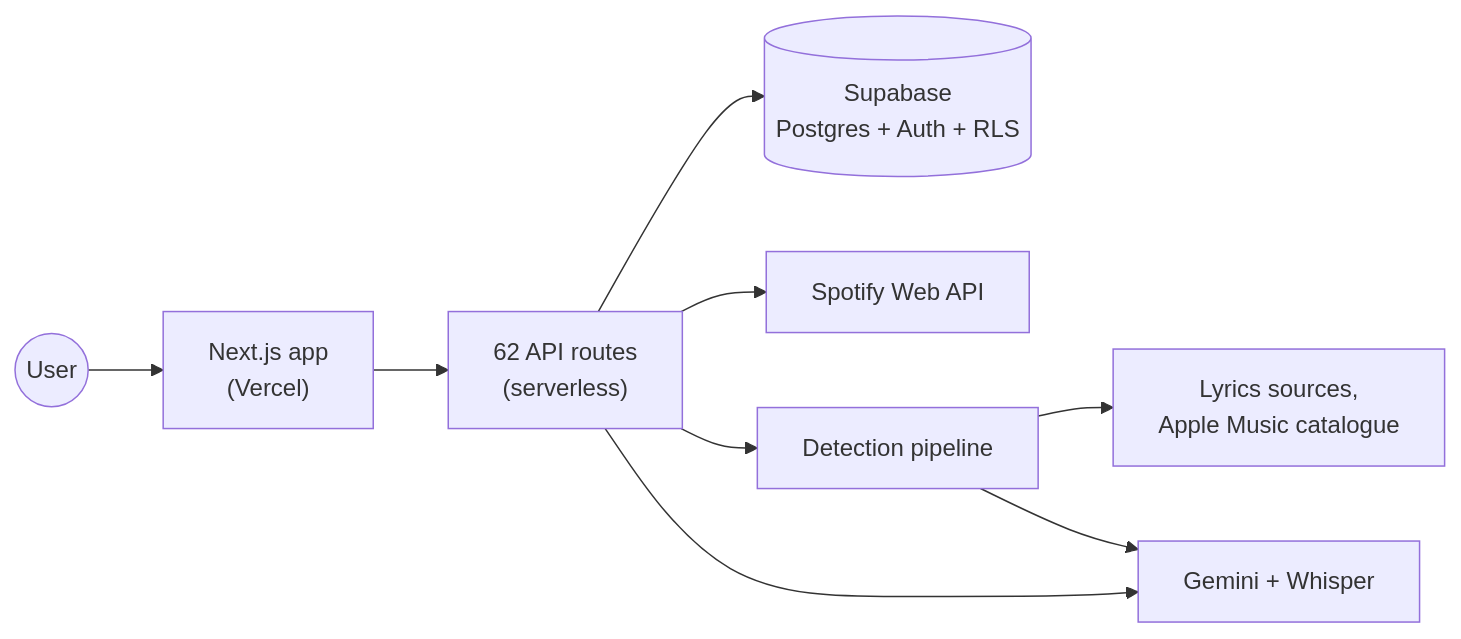
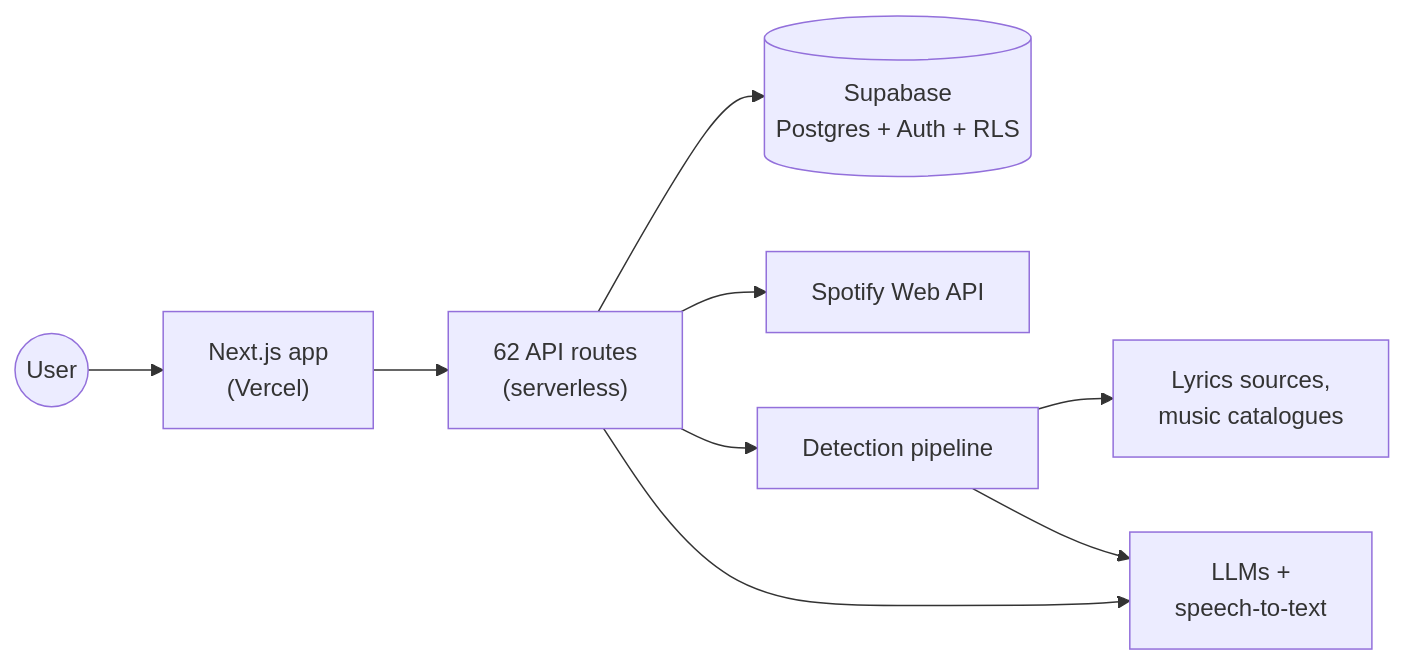
Before and after one commit to andrealacche11-crypto/portfolio: the second of 2 diagrams in personal/pepitune.md, drawn with Mermaid. The commit also changed other lines of this file, not shown here.

````diff
--- a/personal/pepitune.md
+++ b/personal/pepitune.md
@@ -123,11 +123,11 @@
 ```mermaid
 flowchart LR
     U((User)) --> APP["Next.js app<br/>(Vercel)"]
     APP --> API["62 API routes<br/>(serverless)"]
     API --> DB[("Supabase<br/>Postgres + Auth + RLS")]
     API --> SP[Spotify Web API]
     API --> PIPE["Detection pipeline"]
-    PIPE --> EXT["Lyrics sources,<br/>Apple Music catalogue"]
-    PIPE --> AI["Gemini + Whisper"]
+    PIPE --> EXT["Lyrics sources,<br/>music catalogues"]
+    PIPE --> AI["LLMs +<br/>speech-to-text"]
     API --> AI
 ```
````
